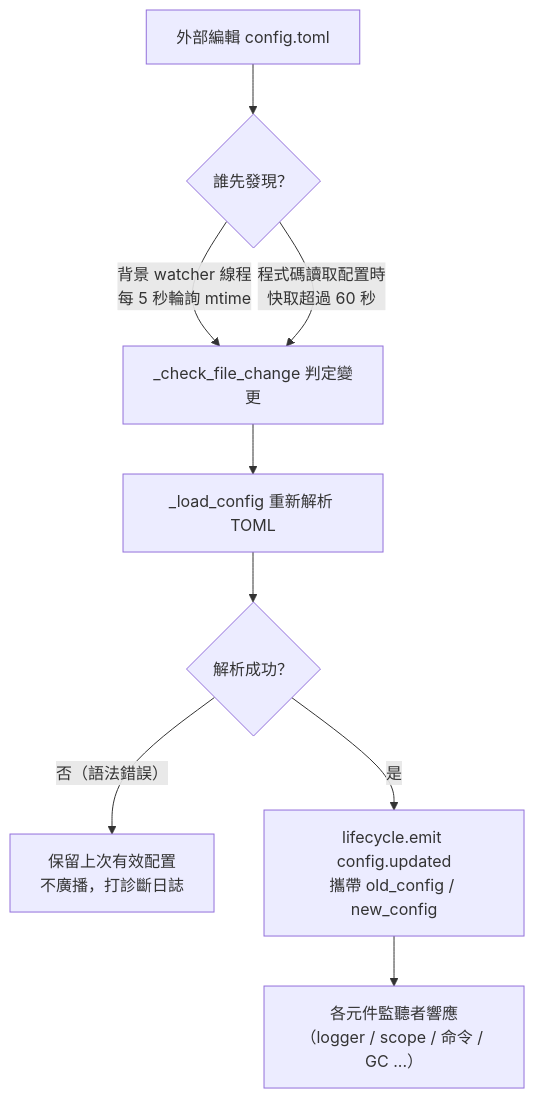
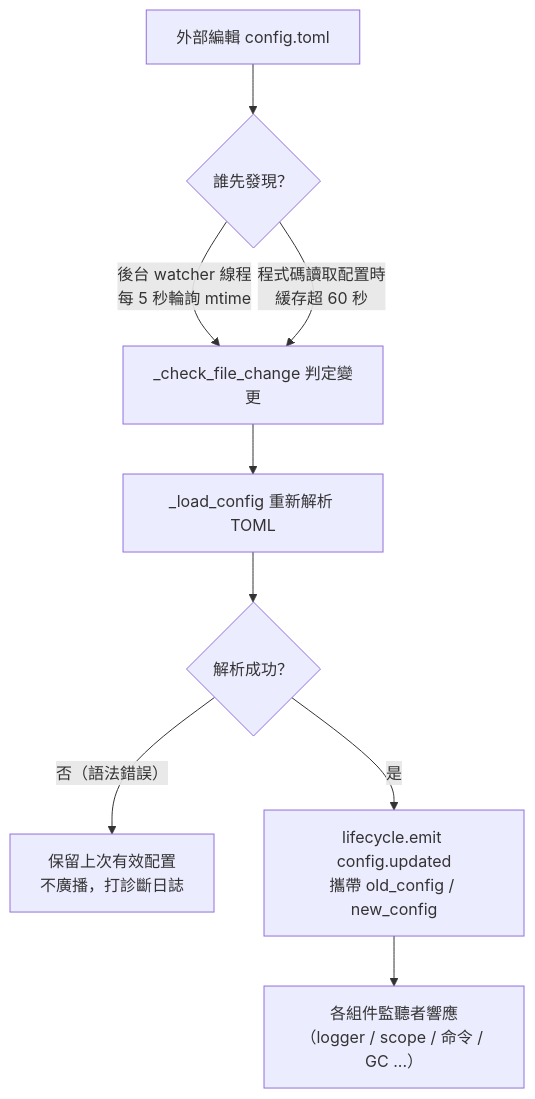
The diagram in docs/zh-TW/user-guide/configuration.md (ErisPulse/ErisPulse), drawn with Mermaid before and after one commit. The commit also changed other lines of this file and 44 other files, not shown here.

````diff
--- a/docs/zh-TW/user-guide/configuration.md
+++ b/docs/zh-TW/user-guide/configuration.md
@@ -89,11 +107,11 @@
 ```mermaid
 flowchart TD
     A["外部編輯 config.toml"] --> B{"誰先發現？"}
-    B -->|"背景 watcher 線程<br/>每 5 秒輪詢 mtime"| C["_check_file_change 判定變更"]
-    B -->|"程式碼讀取配置時<br/>快取超過 60 秒"| C
+    B -->|"後台 watcher 線程<br/>每 5 秒輪詢 mtime"| C["_check_file_change 判定變更"]
+    B -->|"程式碼讀取配置時<br/>緩存超 60 秒"| C
     C --> D["_load_config 重新解析 TOML"]
     D --> E{"解析成功？"}
     E -->|"否（語法錯誤）"| F["保留上次有效配置<br/>不廣播，打診斷日誌"]
     E -->|"是"| G["lifecycle.emit config.updated<br/>攜帶 old_config / new_config"]
-    G --> H["各元件監聽者響應<br/>（logger / scope / 命令 / GC ...）"]
+    G --> H["各組件監聽者響應<br/>（logger / scope / 命令 / GC ...）"]
 ```
````
